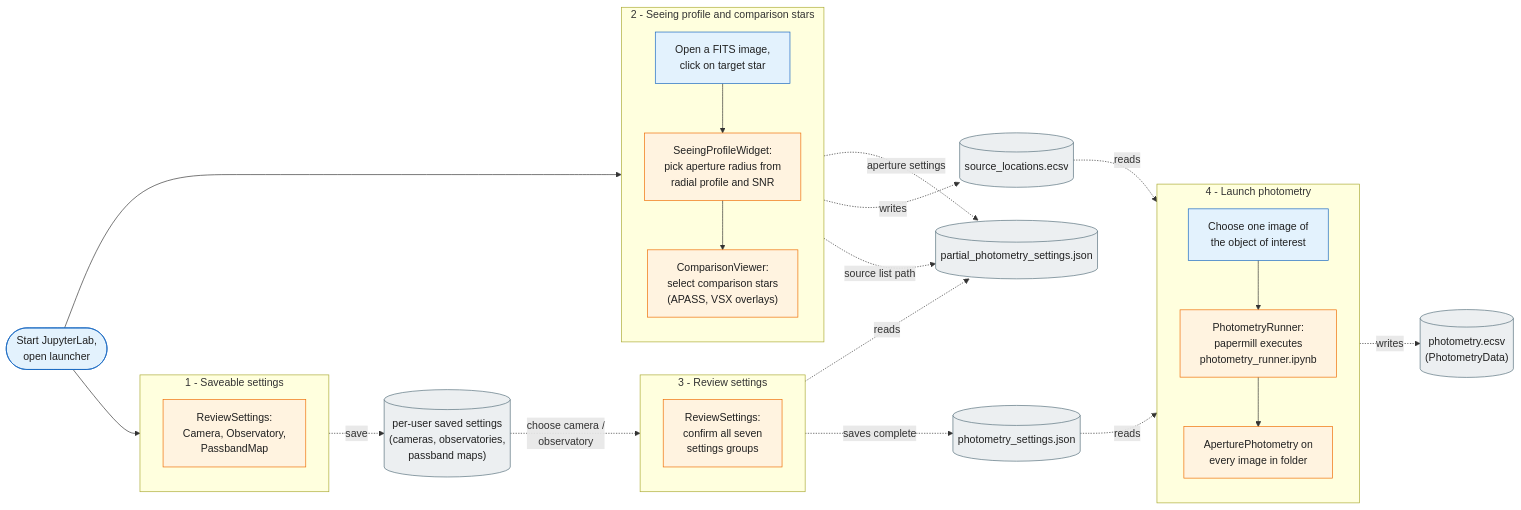
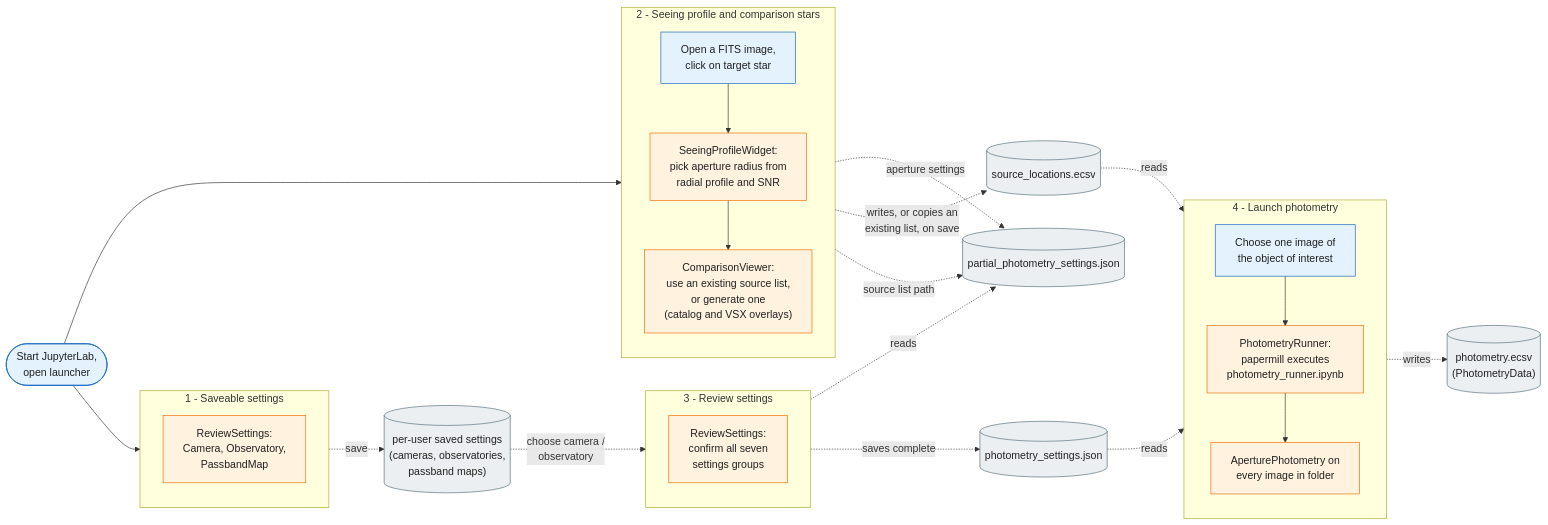
The second of 5 diagrams in docs/diagrams-03-user-flows.md (feder-observatory/stellarphot), drawn with Mermaid before and after one commit. The commit also changed 5 other files, not shown here.

````diff
--- a/docs/diagrams-03-user-flows.md
+++ b/docs/diagrams-03-user-flows.md
@@ -35,62 +35,62 @@
 ```mermaid
 flowchart LR
     classDef action fill:#e3f2fd,stroke:#1565c0,color:#212121
     classDef widget fill:#fff3e0,stroke:#ef6c00,color:#212121
     classDef artifact fill:#eceff1,stroke:#546e7a,color:#212121
 
     start(["Start JupyterLab,<br/>open launcher"]):::action
 
     subgraph sg_nb1["1 - Saveable settings"]
         direction TB
         w_review1["ReviewSettings:<br/>Camera, Observatory,<br/>PassbandMap"]:::widget
     end
 
     subgraph sg_nb2["2 - Seeing profile and comparison stars"]
         direction TB
         a_open["Open a FITS image,<br/>click on target star"]:::action
         w_seeing["SeeingProfileWidget:<br/>pick aperture radius from<br/>radial profile and SNR"]:::widget
-        w_comp["ComparisonViewer:<br/>select comparison stars<br/>(APASS, VSX overlays)"]:::widget
+        w_comp["ComparisonViewer:<br/>use an existing source list,<br/>or generate one<br/>(catalog and VSX overlays)"]:::widget
     end
 
     subgraph sg_nb3["3 - Review settings"]
         direction TB
         w_review3["ReviewSettings:<br/>confirm all seven<br/>settings groups"]:::widget
     end
 
     subgraph sg_nb4["4 - Launch photometry"]
         direction TB
         a_pick["Choose one image of<br/>the object of interest"]:::action
         w_runner["PhotometryRunner:<br/>papermill executes<br/>photometry_runner.ipynb"]:::widget
         w_apphot["AperturePhotometry on<br/>every image in folder"]:::widget
     end
 
     saved[("per-user saved settings<br/>(cameras, observatories,<br/>passband maps)")]:::artifact
     partial[("partial_photometry_settings.json")]:::artifact
     srclist[("source_locations.ecsv")]:::artifact
     full[("photometry_settings.json")]:::artifact
     photecsv[("photometry.ecsv<br/>(PhotometryData)")]:::artifact
 
     start --> w_review1
     w_review1 -.->|"save"| saved
     start --> a_open
     a_open --> w_seeing
     w_seeing --> w_comp
     w_seeing -.->|"aperture settings"| partial
-    w_comp -.->|"writes"| srclist
+    w_comp -.->|"writes, or copies an<br/>existing list, on save"| srclist
     w_comp -.->|"source list path"| partial
     w_review3 -.->|"reads"| partial
     saved -.->|"choose camera /<br/>observatory"| w_review3
     w_review3 -.->|"saves complete"| full
     a_pick --> w_runner
     w_runner --> w_apphot
     full -.->|"reads"| w_apphot
     srclist -.->|"reads"| w_apphot
     w_apphot -.->|"writes"| photecsv
 
     click w_review1 href "../stellarphot/gui/custom_widgets.py" "custom_widgets.py"
     click w_seeing href "../stellarphot/gui/seeing_profile_functions.py" "seeing_profile_functions.py"
     click w_comp href "../stellarphot/gui/comparison_functions.py" "comparison_functions.py"
     click w_review3 href "../stellarphot/gui/custom_widgets.py" "custom_widgets.py"
     click w_runner href "../stellarphot/gui/custom_widgets.py" "custom_widgets.py"
     click w_apphot href "../stellarphot/photometry/photometry.py" "photometry.py"
 ```
````
